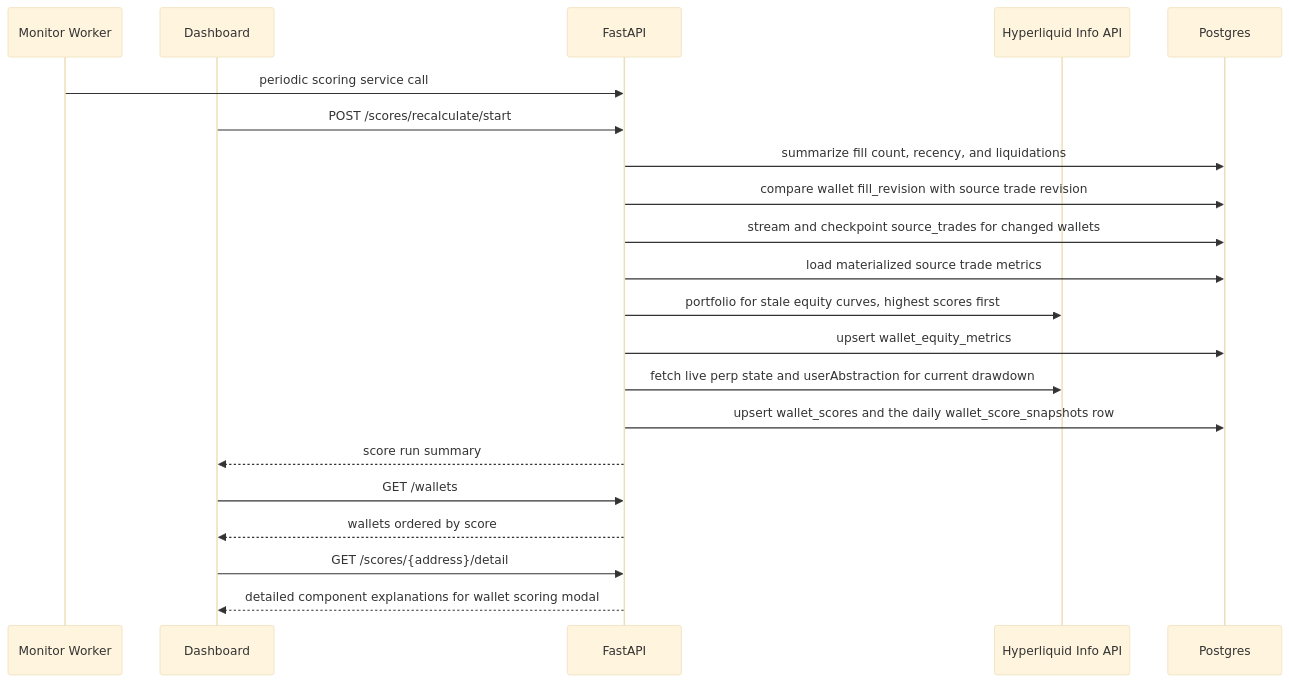
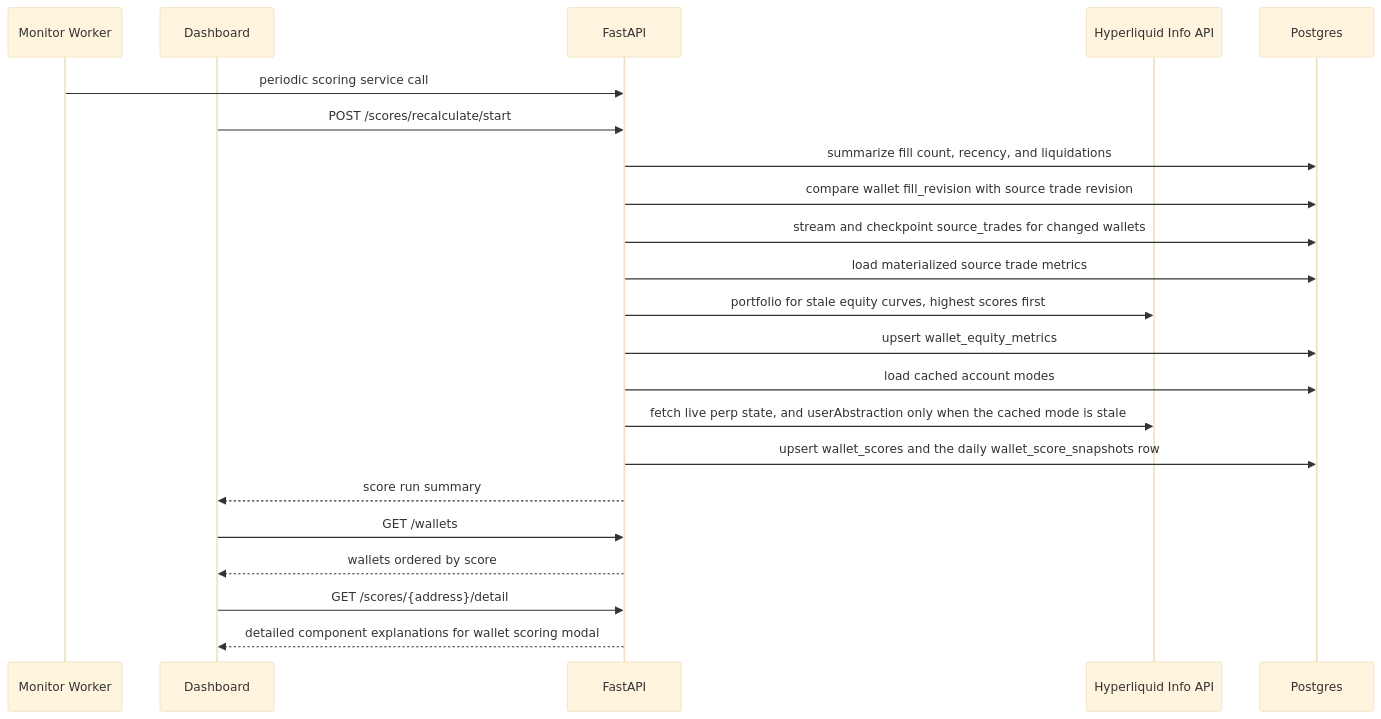
One commit to DrottPoker/copytrading-agent changed the sixth of 10 diagrams in docs/architecture.md. Above: the diagram before and after it, drawn with Mermaid (base theme). The commit also changed other lines of this file and 18 other files, not shown here.

````diff
--- a/docs/architecture.md
+++ b/docs/architecture.md
@@ -753,24 +761,25 @@
 ```mermaid
 sequenceDiagram
   participant Worker as Monitor Worker
   participant UI as Dashboard
   participant API as FastAPI
   participant HL as Hyperliquid Info API
   participant DB as Postgres
 
   Worker->>API: periodic scoring service call
   UI->>API: POST /scores/recalculate/start
   API->>DB: summarize fill count, recency, and liquidations
   API->>DB: compare wallet fill_revision with source trade revision
   API->>DB: stream and checkpoint source_trades for changed wallets
   API->>DB: load materialized source trade metrics
   API->>HL: portfolio for stale equity curves, highest scores first
   API->>DB: upsert wallet_equity_metrics
-  API->>HL: fetch live perp state and userAbstraction for current drawdown
+  API->>DB: load cached account modes
+  API->>HL: fetch live perp state, and userAbstraction only when the cached mode is stale
   API->>DB: upsert wallet_scores and the daily wallet_score_snapshots row
   API-->>UI: score run summary
   UI->>API: GET /wallets
   API-->>UI: wallets ordered by score
   UI->>API: GET /scores/{address}/detail
   API-->>UI: detailed component explanations for wallet scoring modal
 ```
````
